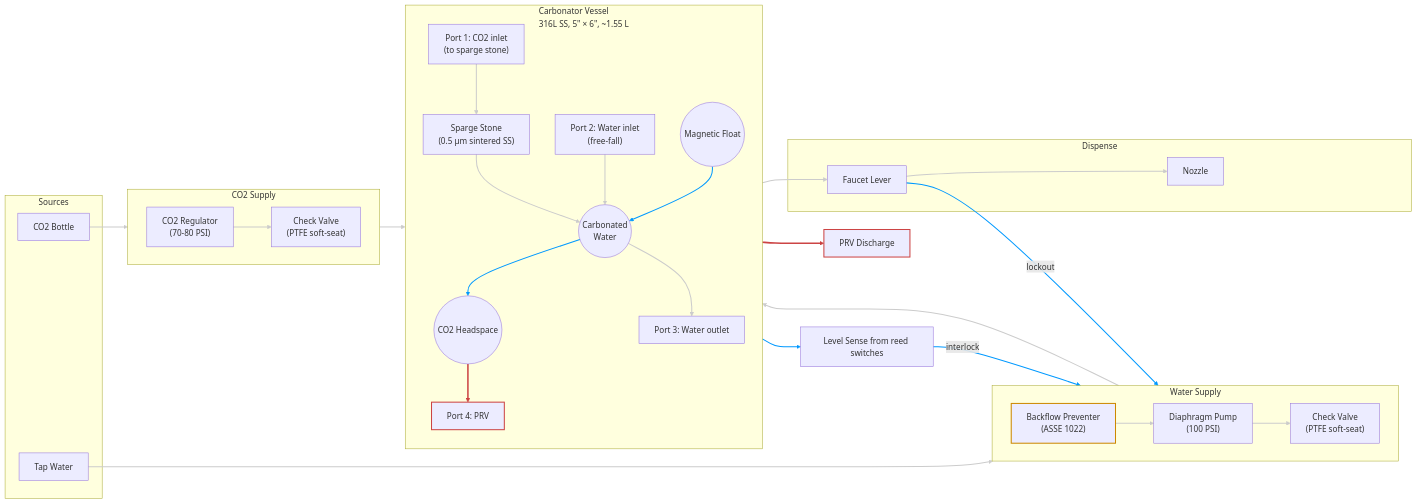
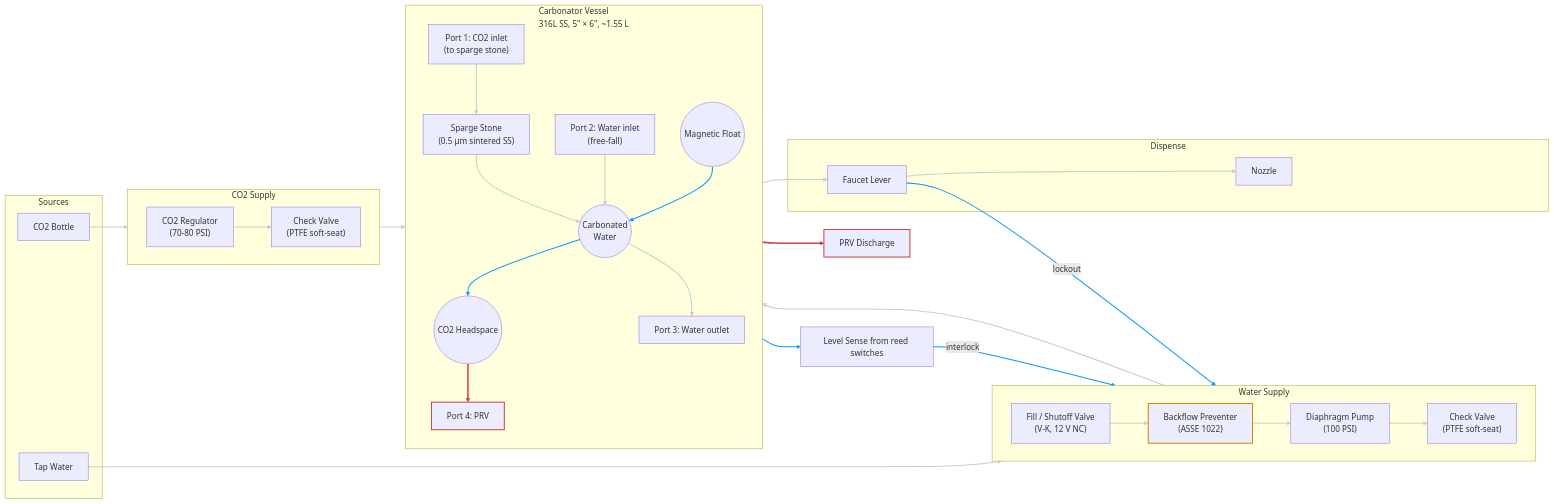
The diagram in hardware/topology/fluid-topology-carbonator.mmd (derekbreden/homesodamachine), drawn with Mermaid before and after one commit. The commit also changed 18 other files, not shown here.

First line of the commit message:
vk-fill-valve: the master water shutoff seats upstream of the ASSE, and the box holds

```diff
--- a/hardware/topology/fluid-topology-carbonator.mmd
+++ b/hardware/topology/fluid-topology-carbonator.mmd
@@ -1,74 +1,76 @@
 flowchart LR
 
   subgraph Sources["Sources"]
     Tap["Tap Water"]
     CO2["CO2 Bottle"]
   end
 
   subgraph WaterSupply["Water Supply"]
     direction LR
+    VK["Fill / Shutoff Valve<br/>(V-K, 12 V NC)"]
     BFP["Backflow Preventer<br/>(ASSE 1022)"]
     PW["Diaphragm Pump<br/>(100 PSI)"]
     CV["Check Valve<br/>(PTFE soft-seat)"]
   end
 
   subgraph CO2Supply["CO2 Supply"]
     direction LR
     RegCO2["CO2 Regulator<br/>(70-80 PSI)"]
     CV_CO2["Check Valve<br/>(PTFE soft-seat)"]
   end
 
   subgraph Tank["Carbonator Vessel<br/>316L SS, 5&quot; × 6&quot;, ~1.55 L"]
     direction TB
 
     P4["Port 4: PRV"]
     P2["Port 2: Water inlet<br/>(free-fall)"]
     P1["Port 1: CO2 inlet<br/>(to sparge stone)"]
     P3["Port 3: Water outlet"]
 
     SpargeStone["Sparge Stone<br/>(0.5 µm sintered SS)"]
     Headspace(("CO2 Headspace"))
     Water(("Carbonated<br/>Water"))
     Float(("Magnetic Float"))
 
     P1 --> SpargeStone
     SpargeStone --> Water
     Water --> Headspace
     P2 --> Water
     Headspace ==> P4
     Water --> P3
     Float --> Water
   end
 
   subgraph Dispense["Dispense"]
     Faucet["Faucet Lever"]
     Nozzle["Nozzle"]
   end
 
   PRVOut["PRV Discharge"]
   LevelSense["Level Sense from reed switches"]
 
-  Tap --> BFP --> PW --> CV --> P2
+  Tap --> VK --> BFP --> PW --> CV --> P2
   CO2 --> RegCO2 --> CV_CO2 --> P1
   P3 --> Faucet --> Nozzle
   P4 ==> PRVOut
   Float --> LevelSense
   LevelSense -- interlock --> PW
   Faucet -- lockout --> PW
 
   classDef safety stroke:#c44,stroke-width:2px
   classDef code stroke:#c80,stroke-width:2px
   class P4,PRVOut safety
   class BFP code
 
-  %% Fluid-flow workhorse edges: white.
-  linkStyle 0,1,3,5,7,8,9,10,11,12,13,14,15 stroke:#ccc,stroke-width:2px
+  %% Fluid-flow workhorse edges: white. (V-K inserted at edge 7 = Tap --> VK,
+  %% so every edge past it shifts +1 from the pre-V-K numbering.)
+  linkStyle 0,1,3,5,7,8,9,10,11,12,13,14,15,16 stroke:#ccc,stroke-width:2px
   %% Sensor / interlock edges: blue.
   %% 2 = Water --> Headspace, 6 = Float --> Water,
-  %% 17 = Float --> LevelSense, 18 = LevelSense -- interlock --> PW,
-  %% 19 = Faucet -- lockout --> PW.
-  linkStyle 2,6,17,18,19 stroke:#09f,stroke-width:2px
+  %% 18 = Float --> LevelSense, 19 = LevelSense -- interlock --> PW,
+  %% 20 = Faucet -- lockout --> PW.
+  linkStyle 2,6,18,19,20 stroke:#09f,stroke-width:2px
   %% Safety / pressure-relief path: red, thicker. Uses ==> so arrowheads
   %% inherit the stroke color.
-  %% 4 = Headspace ==> P4, 16 = P4 ==> PRVOut.
-  linkStyle 4,16 stroke:#c44,stroke-width:3px
+  %% 4 = Headspace ==> P4, 17 = P4 ==> PRVOut.
+  linkStyle 4,17 stroke:#c44,stroke-width:3px
```
